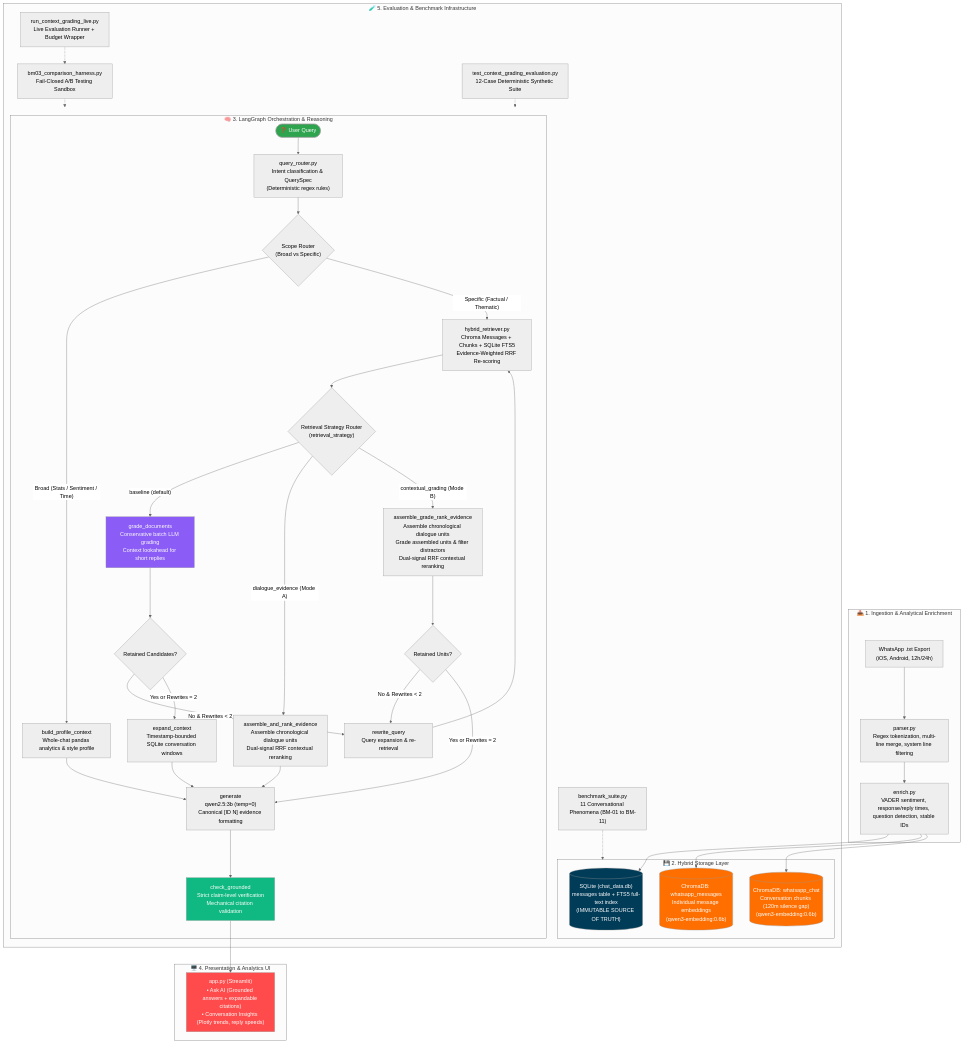
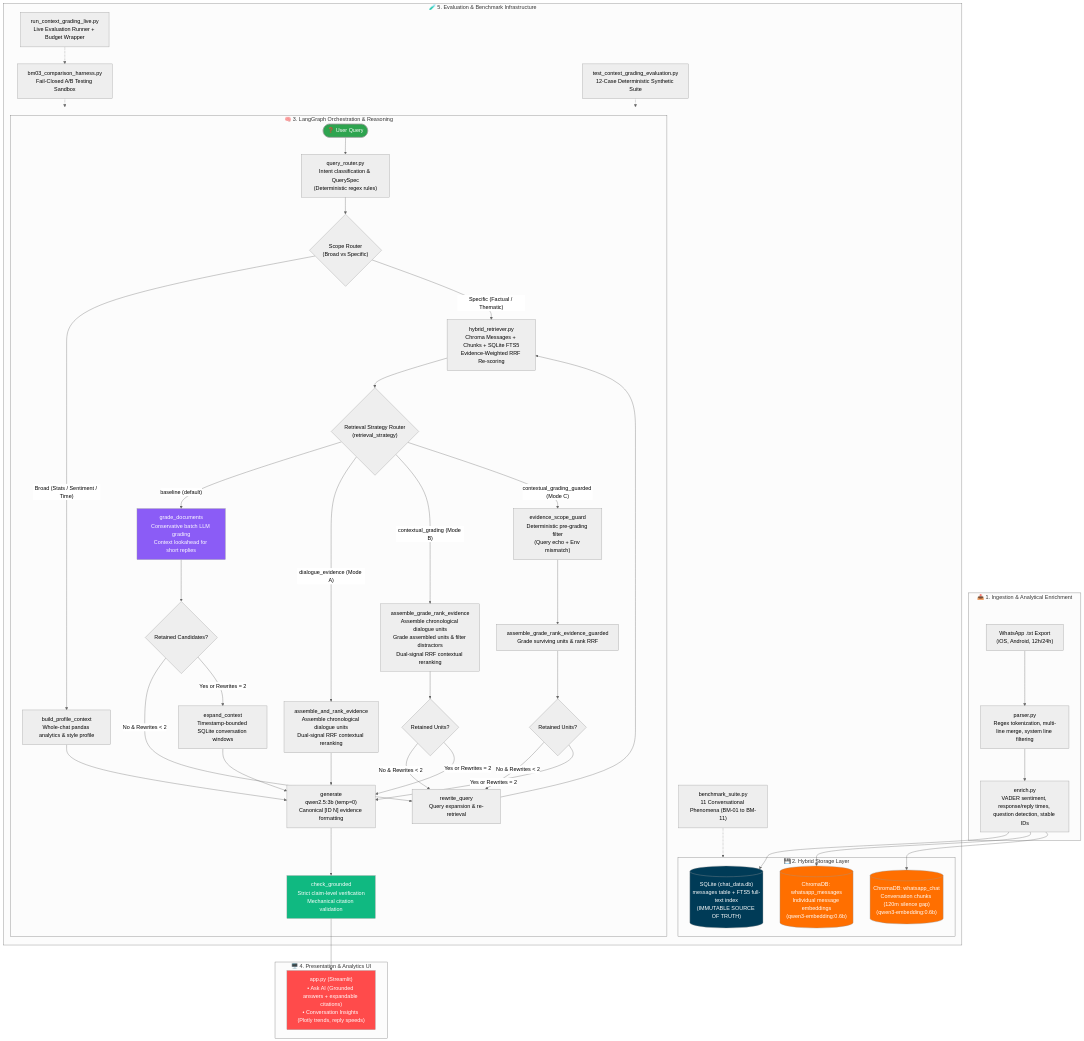
One commit to vVIBHORj/chatlens_v2 changed the first of 14 diagrams in README.md. Above: the diagram before and after it, drawn with Mermaid (neutral theme). The commit also changed other lines of this file and 5 other files, not shown here.

Commit message:
feat(rag): integrate deterministic evidence-scope guard (Tasks 69-71) and paired live benchmark (Task 72)

````diff
--- a/README.md
+++ b/README.md
@@ -89,65 +94,71 @@
 ```mermaid
 flowchart TB
     subgraph INGESTION["📥 1. Ingestion & Analytical Enrichment"]
         RAW["WhatsApp .txt Export<br/>(iOS, Android, 12h/24h)"] --> PARSE["parser.py<br/>Regex tokenization, multi-line merge, system line filtering"]
         PARSE --> ENRICH["enrich.py<br/>VADER sentiment, response/reply times, question detection, stable IDs"]
     end
 
     subgraph STORAGE["💾 2. Hybrid Storage Layer"]
         ENRICH --> SQLITE[("SQLite (chat_data.db)<br/>messages table + FTS5 full-text index<br/>(IMMUTABLE SOURCE OF TRUTH)")]
         ENRICH --> CHROMA_MSG[("ChromaDB: whatsapp_messages<br/>Individual message embeddings<br/>(qwen3-embedding:0.6b)")]
         ENRICH --> CHROMA_CHUNK[("ChromaDB: whatsapp_chat<br/>Conversation chunks (120m silence gap)<br/>(qwen3-embedding:0.6b)")]
     end
 
     subgraph REASONING["🧠 3. LangGraph Orchestration & Reasoning"]
         USER_Q(["❓ User Query"]) --> ROUTER["query_router.py<br/>Intent classification & QuerySpec<br/>(Deterministic regex rules)"]
         ROUTER --> SCOPE{"Scope Router<br/>(Broad vs Specific)"}
 
         SCOPE -- "Broad (Stats / Sentiment / Time)" --> PROFILE["build_profile_context<br/>Whole-chat pandas analytics & style profile"]
         SCOPE -- "Specific (Factual / Thematic)" --> RETRIEVE["hybrid_retriever.py<br/>Chroma Messages + Chunks + SQLite FTS5<br/>Evidence-Weighted RRF Re-scoring"]
 
         RETRIEVE --> STRAT{"Retrieval Strategy Router<br/>(retrieval_strategy)"}
 
         STRAT -- "baseline (default)" --> GRADER["grade_documents<br/>Conservative batch LLM grading<br/>Context lookahead for short replies"]
         GRADER --> CHECK_DOCS{"Retained Candidates?"}
         CHECK_DOCS -- "No & Rewrites &lt; 2" --> REWRITE["rewrite_query<br/>Query expansion & re-retrieval"]
         REWRITE --> RETRIEVE
         CHECK_DOCS -- "Yes or Rewrites = 2" --> EXPAND["expand_context<br/>Timestamp-bounded SQLite conversation windows"]
 
         STRAT -- "dialogue_evidence (Mode A)" --> ASMB_RANK["assemble_and_rank_evidence<br/>Assemble chronological dialogue units<br/>Dual-signal RRF contextual reranking"]
 
         STRAT -- "contextual_grading (Mode B)" --> ASMB_GRADE["assemble_grade_rank_evidence<br/>Assemble chronological dialogue units<br/>Grade assembled units & filter distractors<br/>Dual-signal RRF contextual reranking"]
         ASMB_GRADE --> CHECK_POST{"Retained Units?"}
         CHECK_POST -- "No & Rewrites &lt; 2" --> REWRITE
         CHECK_POST -- "Yes or Rewrites = 2" --> GENERATE
 
+        STRAT -- "contextual_grading_guarded (Mode C)" --> GUARD["evidence_scope_guard<br/>Deterministic pre-grading filter<br/>(Query echo + Env mismatch)"]
+        GUARD --> ASMB_GRADE_G["assemble_grade_rank_evidence_guarded<br/>Grade surviving units & rank RRF"]
+        ASMB_GRADE_G --> CHECK_POST_G{"Retained Units?"}
+        CHECK_POST_G -- "No & Rewrites &lt; 2" --> REWRITE
+        CHECK_POST_G -- "Yes or Rewrites = 2" --> GENERATE
+
         PROFILE --> GENERATE["generate<br/>qwen2.5:3b (temp=0)<br/>Canonical [ID N] evidence formatting"]
         EXPAND --> GENERATE
         ASMB_RANK --> GENERATE
 
         GENERATE --> GROUND["check_grounded<br/>Strict claim-level verification<br/>Mechanical citation validation"]
     end
 
     subgraph PRESENTATION["🖥️ 4. Presentation & Analytics UI"]
         GROUND --> UI["app.py (Streamlit)<br/>• Ask AI (Grounded answers + expandable citations)<br/>• Conversation Insights (Plotly trends, reply speeds)"]
     end
 
     subgraph BENCHMARK["🧪 5. Evaluation & Benchmark Infrastructure"]
         BENCH_SUITE["benchmark_suite.py<br/>11 Conversational Phenomena (BM-01 to BM-11)"]
         HARNESS["bm03_comparison_harness.py<br/>Fail-Closed A/B Testing Sandbox"]
         EVAL_12["test_context_grading_evaluation.py<br/>12-Case Deterministic Synthetic Suite"]
         LIVE_RUNNER["run_context_grading_live.py<br/>Live Evaluation Runner + Budget Wrapper"]
         BENCH_SUITE -.-> STORAGE
         HARNESS -.-> REASONING
         EVAL_12 -.-> REASONING
         LIVE_RUNNER -.-> HARNESS
     end
 
     style SQLITE fill:#003B57,color:#fff
     style CHROMA_MSG fill:#FF6F00,color:#fff
     style CHROMA_CHUNK fill:#FF6F00,color:#fff
     style USER_Q fill:#2ea44f,color:#fff
     style UI fill:#FF4B4B,color:#fff
     style GRADER fill:#8b5cf6,color:#fff
     style GROUND fill:#10b981,color:#fff
 ```
````
